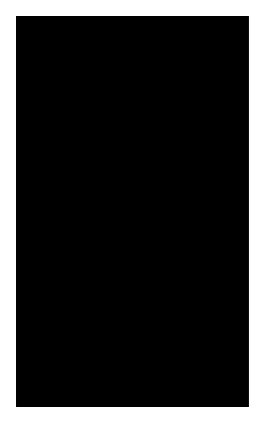
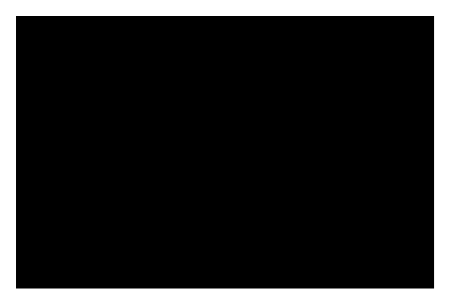
One commit to marroyav/presentations changed the diagram in templates/dune-professional/README.md. Above: the diagram before and after it, drawn with Graphviz. The commit also changed other lines of this file and 907 other files, not shown here.

````diff
--- a/templates/dune-professional/README.md
+++ b/templates/dune-professional/README.md
@@ -89,9 +76,9 @@
 ```dot
 digraph example {
-  graph [bgcolor="{{background}}"];
-  source [fillcolor="{{paper}}", fontcolor="{{on-accent}}"];
-  interface [fillcolor="{{sky}}", fontcolor="{{on-accent}}"];
-  owner [fillcolor="{{coral}}", fontcolor="{{on-accent}}"];
-  source -> interface -> owner [color="{{sky}}"];
+  graph [bgcolor="{{editorial-canvas}}"];
+  node [shape=box, color="{{editorial-muted}}",
+        fontcolor="{{editorial-text}}"];
+  edge [color="{{editorial-muted}}", fontcolor="{{editorial-text}}"];
+  source -> interface [label="defines requirements"];
 }
 ```
````
